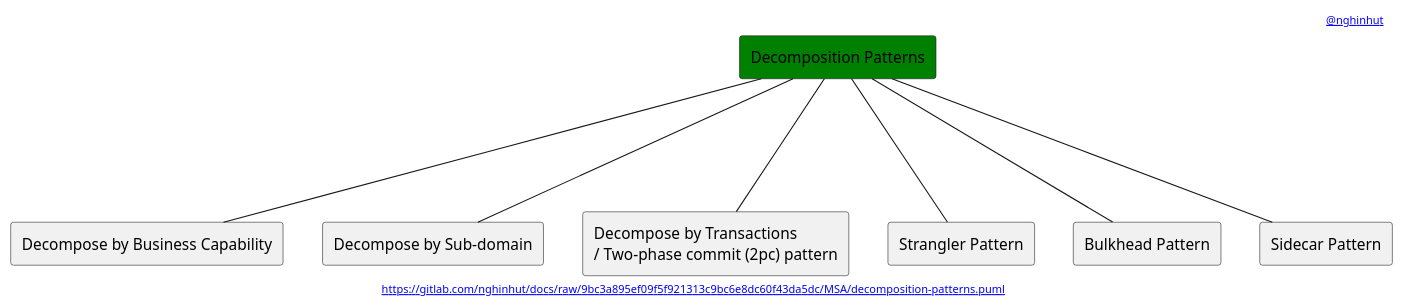
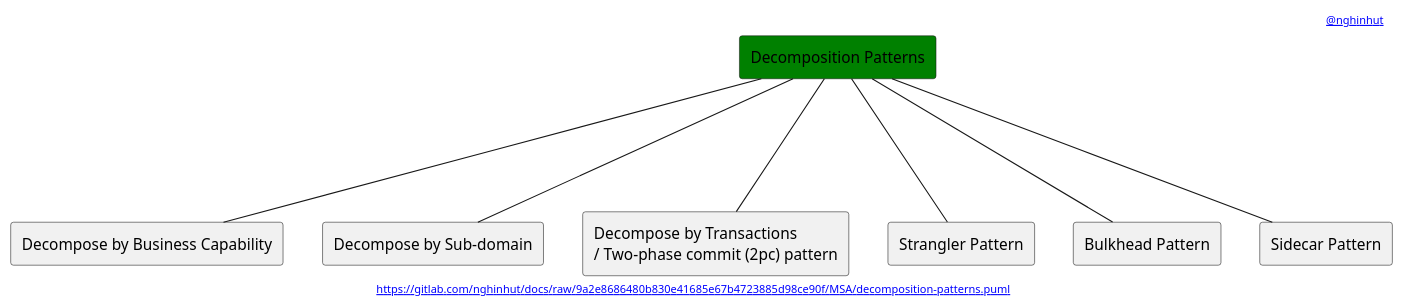
Before and after one commit to nghinhut/docs: the diagram in MSA/decomposition-patterns.puml, drawn with PlantUML. The commit also changed 17 other files, not shown here.

Commit message:
Update diagrams

```diff
--- a/MSA/decomposition-patterns.puml
+++ b/MSA/decomposition-patterns.puml
@@ -1,22 +1,22 @@
 @startuml
 '-----START auto generated metadata please keep comment here to allow auto update-----
 '-----DON'T EDIT THIS SECTION, INSTEAD RE-RUN prebuild.sh TO UPDATE-----
 header [[mailto:nghinhut@gmail.com @nghinhut]]
-footer [[https://gitlab.com/nghinhut/docs/raw/9bc3a895ef09f5f921313c9bc6e8dc60f43da5dc/MSA/decomposition-patterns.puml]]
+footer [[https://gitlab.com/nghinhut/docs/raw/9a2e8686480b830e41685e67b4723885d98ce90f/MSA/decomposition-patterns.puml]]
 '-----END auto generated metadata please keep comment here to allow auto update-----
 
 rectangle "Decomposition Patterns" as Decomposition #green
 
 rectangle "Decompose by Business Capability" as DecompositionP1
 rectangle "Decompose by Sub-domain" as DecompositionP2
 rectangle "Decompose by Transactions\n/ Two-phase commit (2pc) pattern" as DecompositionP3
 rectangle "Strangler Pattern" as DecompositionP4
 rectangle "Bulkhead Pattern" as DecompositionP5
 rectangle "Sidecar Pattern" as DecompositionP6
 Decomposition --- DecompositionP1
 Decomposition --- DecompositionP2
 Decomposition --- DecompositionP3
 Decomposition --- DecompositionP4
 Decomposition --- DecompositionP5
 Decomposition --- DecompositionP6
 @enduml
```
